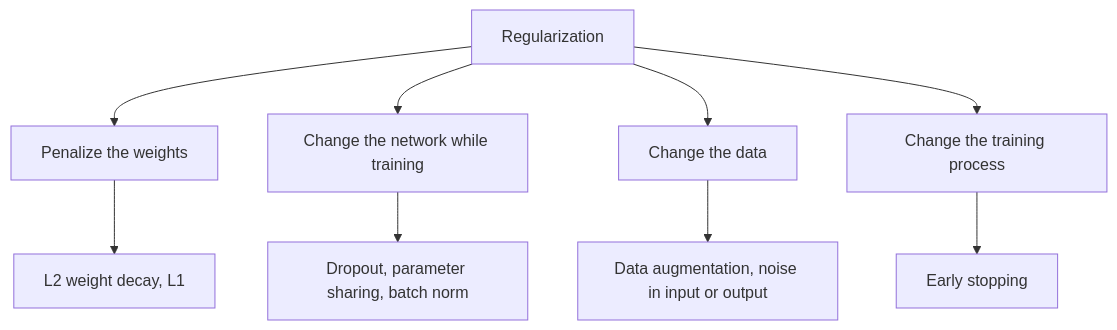
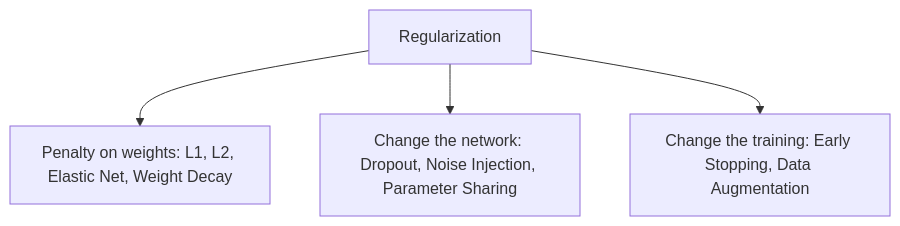
Before and after one commit to TrendySloth1001/sem-seven-notes: the third of 7 diagrams in content/deep-learning/notes/regularization.mdx, drawn with Mermaid. The commit also changed other lines of this file and 254 other files, not shown here.

Commit message:
Rewrite the backpropagation, gradient descent, regularization and autoencoder notes and their 29 answers from the teachers' class files. They use 185 teacher figures with class-notes citations only, and correct the AdaGrad, RMSProp, Nesterov and batch-norm numbers on the slides.

````diff
--- a/content/deep-learning/notes/regularization.mdx
+++ b/content/deep-learning/notes/regularization.mdx
@@ -158,12 +220,7 @@
 ```mermaid
-%% caption: The regularization methods in the syllabus, grouped by what they change.
+%% caption: The family of regularization methods from the teacher's overview sheet. Penalty methods change the loss; dropout and noise change the network; early stopping and data augmentation change the training.
 flowchart TD
-  R["Regularization"] --> P["Penalize the weights"]
-  R --> N["Change the network while training"]
-  R --> D["Change the data"]
-  R --> T["Change the training process"]
-  P --> P1["L2 weight decay, L1"]
-  N --> N1["Dropout, parameter sharing, batch norm"]
-  D --> D1["Data augmentation, noise in input or output"]
-  T --> T1["Early stopping"]
+  R["Regularization"] --> P["Penalty on weights: L1, L2, Elastic Net, Weight Decay"]
+  R --> N["Change the network: Dropout, Noise Injection, Parameter Sharing"]
+  R --> T["Change the training: Early Stopping, Data Augmentation"]
 ```
````
